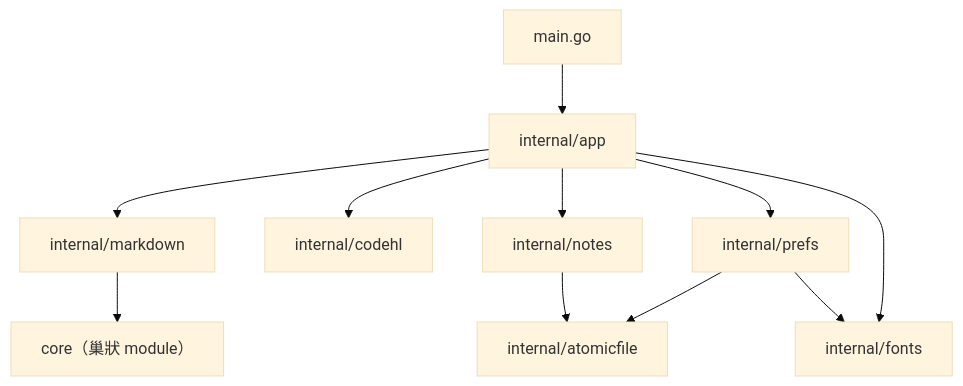
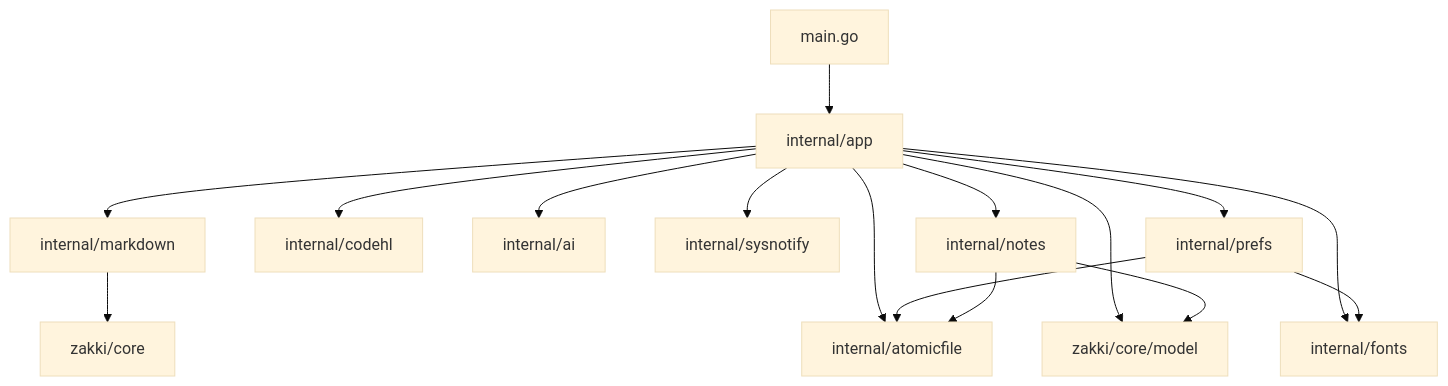
The diagram in docs/zh-Hant/engineering-standard.md (gomeen/Zakki), drawn with Mermaid (base theme) before and after one commit. The commit also changed other lines of this file and 39 other files, not shown here.

````diff
--- a/docs/zh-Hant/engineering-standard.md
+++ b/docs/zh-Hant/engineering-standard.md
@@ -49,22 +50,30 @@
 ```mermaid
 flowchart TD
     entry["main.go"]
     appPkg["internal/app"]
     mdPkg["internal/markdown"]
     hlPkg["internal/codehl"]
+    aiPkg["internal/ai"]
+    notifyPkg["internal/sysnotify"]
     notesPkg["internal/notes"]
     prefsPkg["internal/prefs"]
     fontsPkg["internal/fonts"]
     atomicPkg["internal/atomicfile"]
-    corePkg["core（巢狀 module）"]
+    corePkg["zakki/core"]
+    modelPkg["zakki/core/model"]
     entry --> appPkg
     appPkg --> mdPkg
     appPkg --> hlPkg
+    appPkg --> aiPkg
+    appPkg --> notifyPkg
     appPkg --> notesPkg
     appPkg --> prefsPkg
     appPkg --> fontsPkg
+    appPkg --> atomicPkg
+    appPkg --> modelPkg
     prefsPkg --> atomicPkg
     prefsPkg --> fontsPkg
     notesPkg --> atomicPkg
+    notesPkg --> modelPkg
     mdPkg --> corePkg
 ```
````
